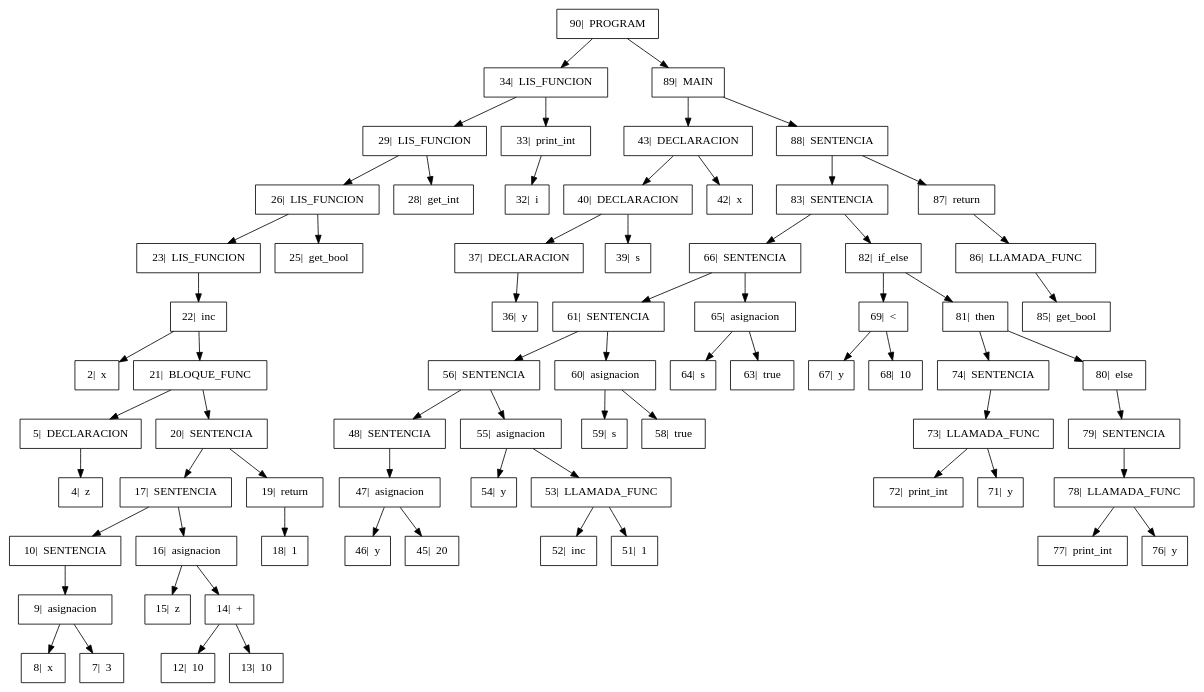
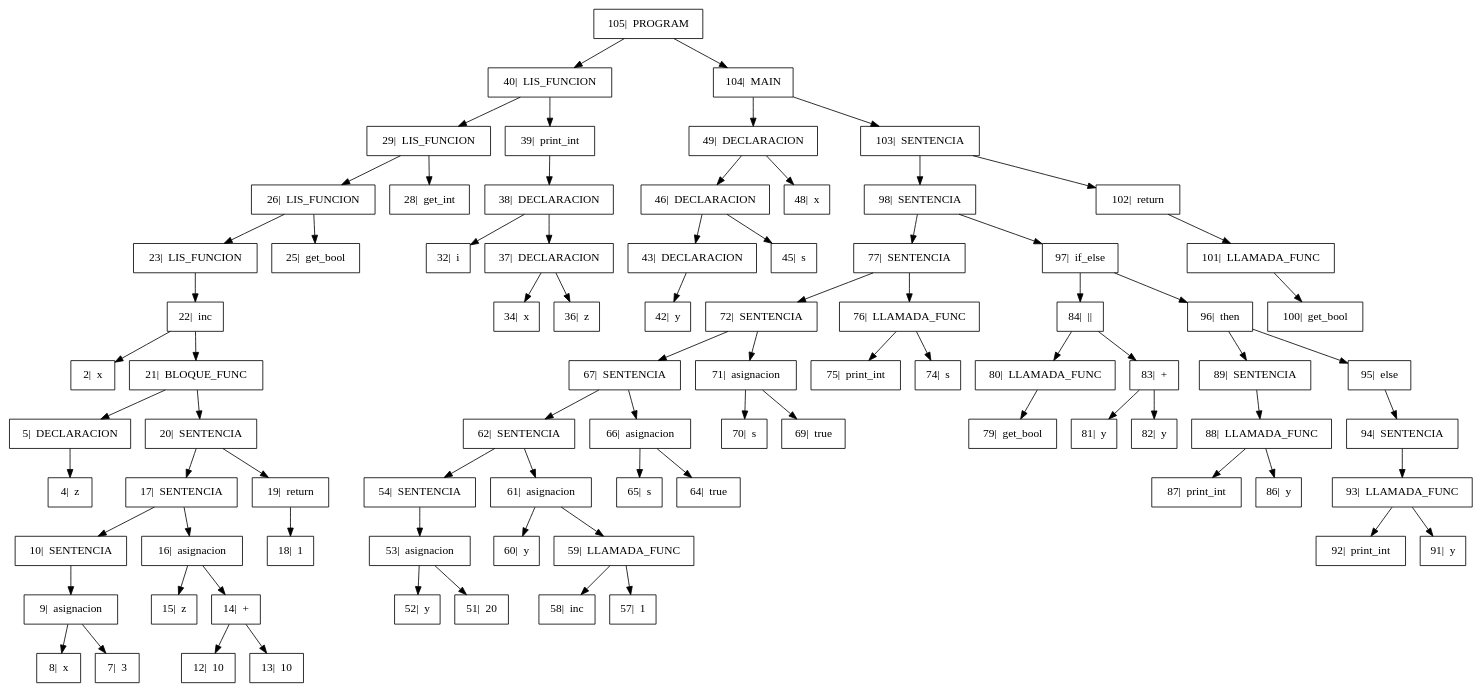
The diagram in Proyecto/output/Arbol.dot (GiovA07/PRE-PROYECTO-COMPILADORES), drawn with Graphviz before and after one commit. The commit also changed 5 other files, not shown here.

```diff
--- a/Proyecto/output/Arbol.dot
+++ b/Proyecto/output/Arbol.dot
@@ -1,47 +1,53 @@
 digraph{
 
 rankdir=TB;
 
 node[shape=box];
-"90|  PROGRAM" -> "34|  LIS_FUNCION", "89|  MAIN";
-"34|  LIS_FUNCION" -> "29|  LIS_FUNCION", "33|  print_int";
+"105|  PROGRAM" -> "40|  LIS_FUNCION", "104|  MAIN";
+"40|  LIS_FUNCION" -> "29|  LIS_FUNCION", "39|  print_int";
 "29|  LIS_FUNCION" -> "26|  LIS_FUNCION", "28|  get_int";
 "26|  LIS_FUNCION" -> "23|  LIS_FUNCION", "25|  get_bool";
 "23|  LIS_FUNCION" -> "22|  inc" ;
 "22|  inc" -> "2|  x", "21|  BLOQUE_FUNC";
 "21|  BLOQUE_FUNC" -> "5|  DECLARACION", "20|  SENTENCIA";
 "5|  DECLARACION" -> "4|  z" ;
 "20|  SENTENCIA" -> "17|  SENTENCIA", "19|  return";
 "17|  SENTENCIA" -> "10|  SENTENCIA", "16|  asignacion";
 "10|  SENTENCIA" -> "9|  asignacion" ;
 "9|  asignacion" -> "8|  x", "7|  3";
 "16|  asignacion" -> "15|  z", "14|  +";
 "14|  +" -> "12|  10", "13|  10";
 "19|  return" -> "18|  1" ;
-"33|  print_int" -> "32|  i" ;
-"89|  MAIN" -> "43|  DECLARACION", "88|  SENTENCIA";
-"43|  DECLARACION" -> "40|  DECLARACION", "42|  x";
-"40|  DECLARACION" -> "37|  DECLARACION", "39|  s";
-"37|  DECLARACION" -> "36|  y" ;
-"88|  SENTENCIA" -> "83|  SENTENCIA", "87|  return";
-"83|  SENTENCIA" -> "66|  SENTENCIA", "82|  if_else";
-"66|  SENTENCIA" -> "61|  SENTENCIA", "65|  asignacion";
-"61|  SENTENCIA" -> "56|  SENTENCIA", "60|  asignacion";
-"56|  SENTENCIA" -> "48|  SENTENCIA", "55|  asignacion";
-"48|  SENTENCIA" -> "47|  asignacion" ;
-"47|  asignacion" -> "46|  y", "45|  20";
-"55|  asignacion" -> "54|  y", "53|  LLAMADA_FUNC";
-"53|  LLAMADA_FUNC" -> "52|  inc", "51|  1";
-"60|  asignacion" -> "59|  s", "58|  true";
-"65|  asignacion" -> "64|  s", "63|  true";
-"82|  if_else" -> "69|  <", "81|  then";
-"69|  <" -> "67|  y", "68|  10";
-"81|  then" -> "74|  SENTENCIA", "80|  else";
-"74|  SENTENCIA" -> "73|  LLAMADA_FUNC" ;
-"73|  LLAMADA_FUNC" -> "72|  print_int", "71|  y";
-"80|  else" -> "79|  SENTENCIA" ;
-"79|  SENTENCIA" -> "78|  LLAMADA_FUNC" ;
-"78|  LLAMADA_FUNC" -> "77|  print_int", "76|  y";
-"87|  return" -> "86|  LLAMADA_FUNC" ;
-"86|  LLAMADA_FUNC" -> "85|  get_bool" ;
+"39|  print_int" -> "38|  DECLARACION" ;
+"38|  DECLARACION" -> "32|  i", "37|  DECLARACION";
+"37|  DECLARACION" -> "34|  x", "36|  z";
+"104|  MAIN" -> "49|  DECLARACION", "103|  SENTENCIA";
+"49|  DECLARACION" -> "46|  DECLARACION", "48|  x";
+"46|  DECLARACION" -> "43|  DECLARACION", "45|  s";
+"43|  DECLARACION" -> "42|  y" ;
+"103|  SENTENCIA" -> "98|  SENTENCIA", "102|  return";
+"98|  SENTENCIA" -> "77|  SENTENCIA", "97|  if_else";
+"77|  SENTENCIA" -> "72|  SENTENCIA", "76|  LLAMADA_FUNC";
+"72|  SENTENCIA" -> "67|  SENTENCIA", "71|  asignacion";
+"67|  SENTENCIA" -> "62|  SENTENCIA", "66|  asignacion";
+"62|  SENTENCIA" -> "54|  SENTENCIA", "61|  asignacion";
+"54|  SENTENCIA" -> "53|  asignacion" ;
+"53|  asignacion" -> "52|  y", "51|  20";
+"61|  asignacion" -> "60|  y", "59|  LLAMADA_FUNC";
+"59|  LLAMADA_FUNC" -> "58|  inc", "57|  1";
+"66|  asignacion" -> "65|  s", "64|  true";
+"71|  asignacion" -> "70|  s", "69|  true";
+"76|  LLAMADA_FUNC" -> "75|  print_int", "74|  s";
+"97|  if_else" -> "84|  ||", "96|  then";
+"84|  ||" -> "80|  LLAMADA_FUNC", "83|  +";
+"80|  LLAMADA_FUNC" -> "79|  get_bool" ;
+"83|  +" -> "81|  y", "82|  y";
+"96|  then" -> "89|  SENTENCIA", "95|  else";
+"89|  SENTENCIA" -> "88|  LLAMADA_FUNC" ;
+"88|  LLAMADA_FUNC" -> "87|  print_int", "86|  y";
+"95|  else" -> "94|  SENTENCIA" ;
+"94|  SENTENCIA" -> "93|  LLAMADA_FUNC" ;
+"93|  LLAMADA_FUNC" -> "92|  print_int", "91|  y";
+"102|  return" -> "101|  LLAMADA_FUNC" ;
+"101|  LLAMADA_FUNC" -> "100|  get_bool" ;
 }
```
